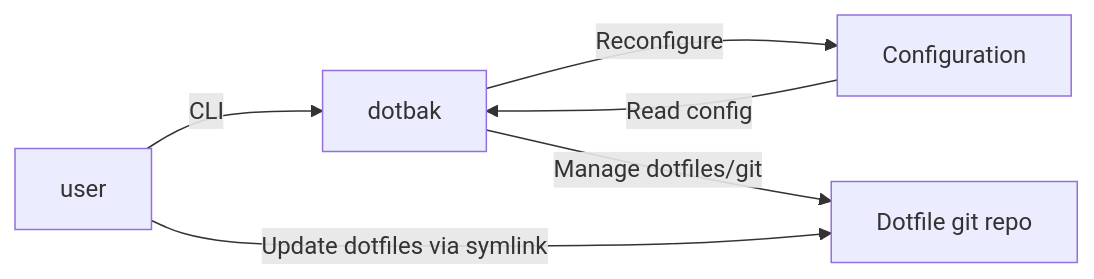
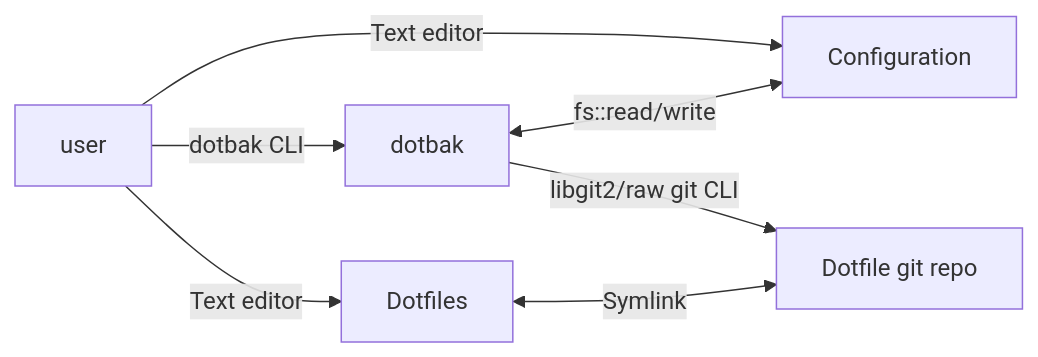
Before and after one commit to cogsandsquigs/dotbak: the first of 2 diagrams in DIAGRAMS.md, drawn with Mermaid. The commit also changed other lines of this file and 3 other files, not shown here.

````diff
--- a/DIAGRAMS.md
+++ b/DIAGRAMS.md
@@ -3,8 +3,9 @@
 ```mermaid
 flowchart LR
-    user -- CLI --> dotbak["dotbak"]
-    conf["Configuration"] -- Read config --> dotbak
-    dotbak -- Reconfigure --> conf
-    dotbak -- Manage dotfiles/git --> repo["Dotfile git repo"]
-    user -- Update dotfiles via symlink --> repo
+    user -- dotbak CLI --> dotbak["dotbak"]
+    user -- Text editor --> dotfiles
+    user -- Text editor --> conf
+    dotbak <-- fs::read/write --> conf["Configuration"]
+    dotbak -- libgit2/raw git CLI --> repo["Dotfile git repo"]
+    dotfiles["Dotfiles"] <-- Symlink --> repo
 ```
````
